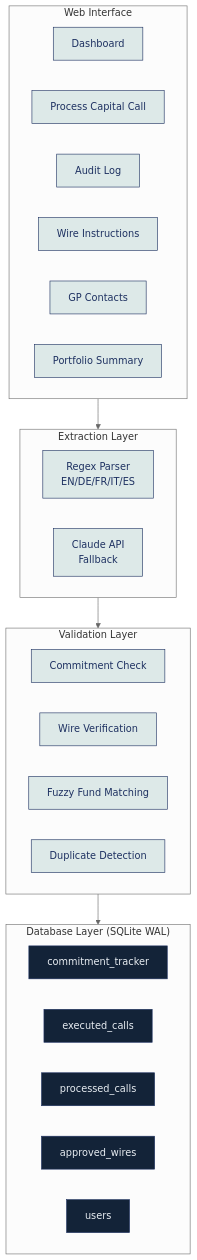
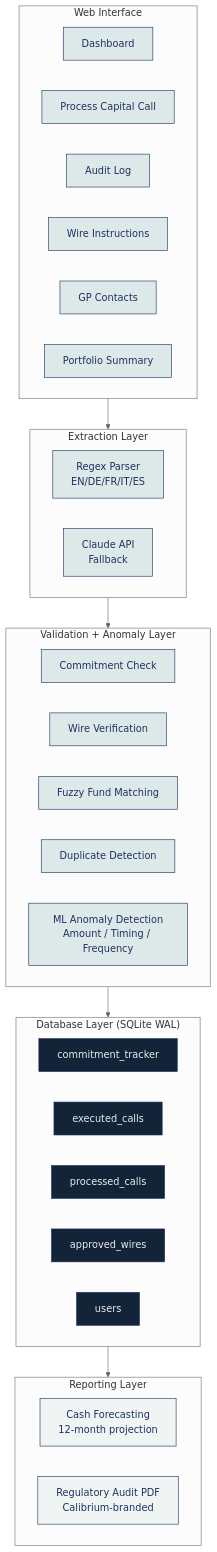
One commit to SEFICO-23/Sentinel changed the second of 5 diagrams in docs/PROJECT_OVERVIEW.md. Above: the diagram before and after it, drawn with Mermaid (neutral theme). The commit also changed other lines of this file and 7 other files, not shown here.

First line of the commit message:
Update all docs for 3 new features (forecasting, audit PDF, anomaly)

````diff
--- a/docs/PROJECT_OVERVIEW.md
+++ b/docs/PROJECT_OVERVIEW.md
@@ -36,47 +36,56 @@
 ```mermaid
 flowchart TB
     accTitle: System Architecture
     accDescr: Four-layer architecture from Streamlit UI through extraction and validation to SQLite persistence.
 
     subgraph ui["Web Interface"]
         dashboard["Dashboard"]
         process["Process Capital Call"]
         audit["Audit Log"]
         wire["Wire Instructions"]
         contacts["GP Contacts"]
         portfolio["Portfolio Summary"]
     end
 
     subgraph extraction["Extraction Layer"]
         regex["Regex Parser<br/>EN/DE/FR/IT/ES"]
         llm["Claude API<br/>Fallback"]
     end
 
-    subgraph validation["Validation Layer"]
+    subgraph validation["Validation + Anomaly Layer"]
         commit_check["Commitment Check"]
         wire_check["Wire Verification"]
         fuzzy["Fuzzy Fund Matching"]
         dupe["Duplicate Detection"]
+        anomaly["ML Anomaly Detection<br/>Amount / Timing / Frequency"]
+    end
+
+    subgraph reporting["Reporting Layer"]
+        forecast["Cash Forecasting<br/>12-month projection"]
+        audit_pdf["Regulatory Audit PDF<br/>Calibrium-branded"]
     end
 
     subgraph persistence["Database Layer (SQLite WAL)"]
         ct["commitment_tracker"]
         exec["executed_calls"]
         processed["processed_calls"]
         wires_db["approved_wires"]
         users_db["users"]
     end
 
     ui --> extraction
     extraction --> validation
     validation --> persistence
+    persistence --> reporting
 
     classDef layer fill:#1E3161,stroke:#1E3161,color:#fff
     classDef component fill:#DDE9E8,stroke:#1E3161,color:#1E3161
     classDef db fill:#132338,stroke:#1E3161,color:#E8EDF2
+    classDef report fill:#F0F5F4,stroke:#1E3161,color:#1E3161
 
     class dashboard,process,audit,wire,contacts,portfolio component
     class regex,llm component
-    class commit_check,wire_check,fuzzy,dupe component
+    class commit_check,wire_check,fuzzy,dupe,anomaly component
     class ct,exec,processed,wires_db,users_db db
+    class forecast,audit_pdf report
 ```
````
